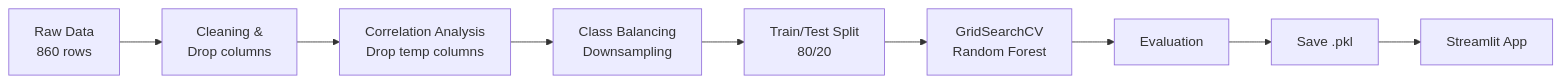
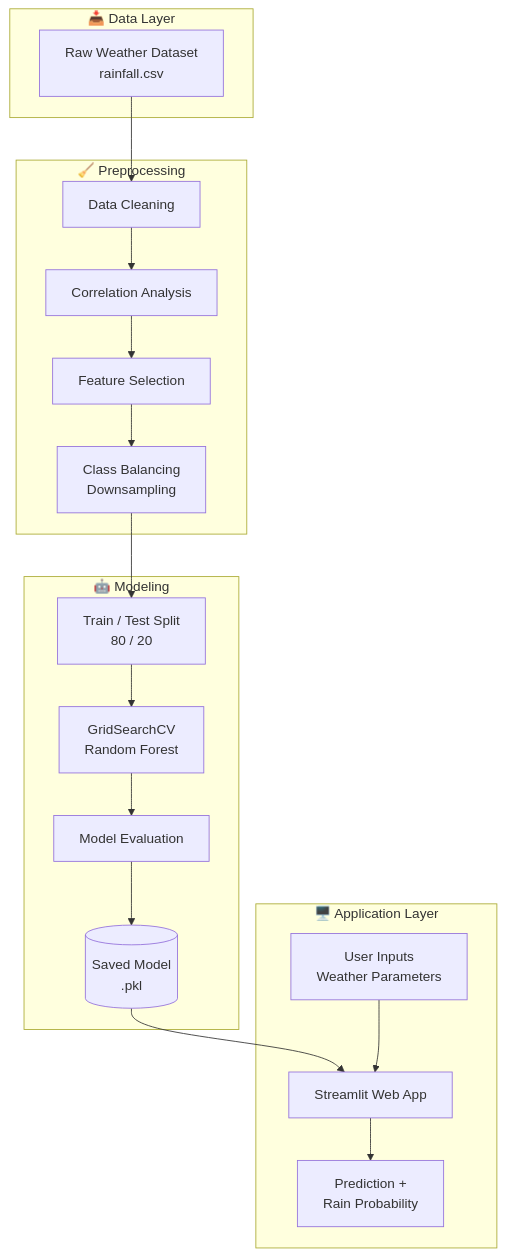
Before and after one commit to im-vishal-jain/Rainfall-Prediction-webapp: the diagram in README.md, drawn with Mermaid. The commit also changed other lines of this file, not shown here.

````diff
--- a/README.md
+++ b/README.md
@@ -9,11 +102,30 @@
 ```mermaid
-flowchart LR
-    A[Raw Data<br/>860 rows] --> B[Cleaning &<br/>Drop columns]
-    B --> C[Correlation Analysis<br/>Drop temp columns]
-    C --> D[Class Balancing<br/>Downsampling]
-    D --> E[Train/Test Split<br/>80/20]
-    E --> F[GridSearchCV<br/>Random Forest]
-    F --> G[Evaluation]
-    G --> H[Save .pkl]
-    H --> I[Streamlit App]
+flowchart TD
+    subgraph DATA["📥 Data Layer"]
+        A[Raw Weather Dataset<br/>rainfall.csv]
+    end
+
+    subgraph PREP["🧹 Preprocessing"]
+        B[Data Cleaning]
+        C[Correlation Analysis]
+        D[Feature Selection]
+        E[Class Balancing<br/>Downsampling]
+    end
+
+    subgraph MODEL["🤖 Modeling"]
+        F[Train / Test Split<br/>80 / 20]
+        G[GridSearchCV<br/>Random Forest]
+        H[Model Evaluation]
+        I[(Saved Model<br/>.pkl)]
+    end
+
+    subgraph APP["🖥️ Application Layer"]
+        J[Streamlit Web App]
+        K[User Inputs<br/>Weather Parameters]
+        L[Prediction +<br/>Rain Probability]
+    end
+
+    A --> B --> C --> D --> E --> F --> G --> H --> I
+    I --> J
+    K --> J --> L
 ```
````
